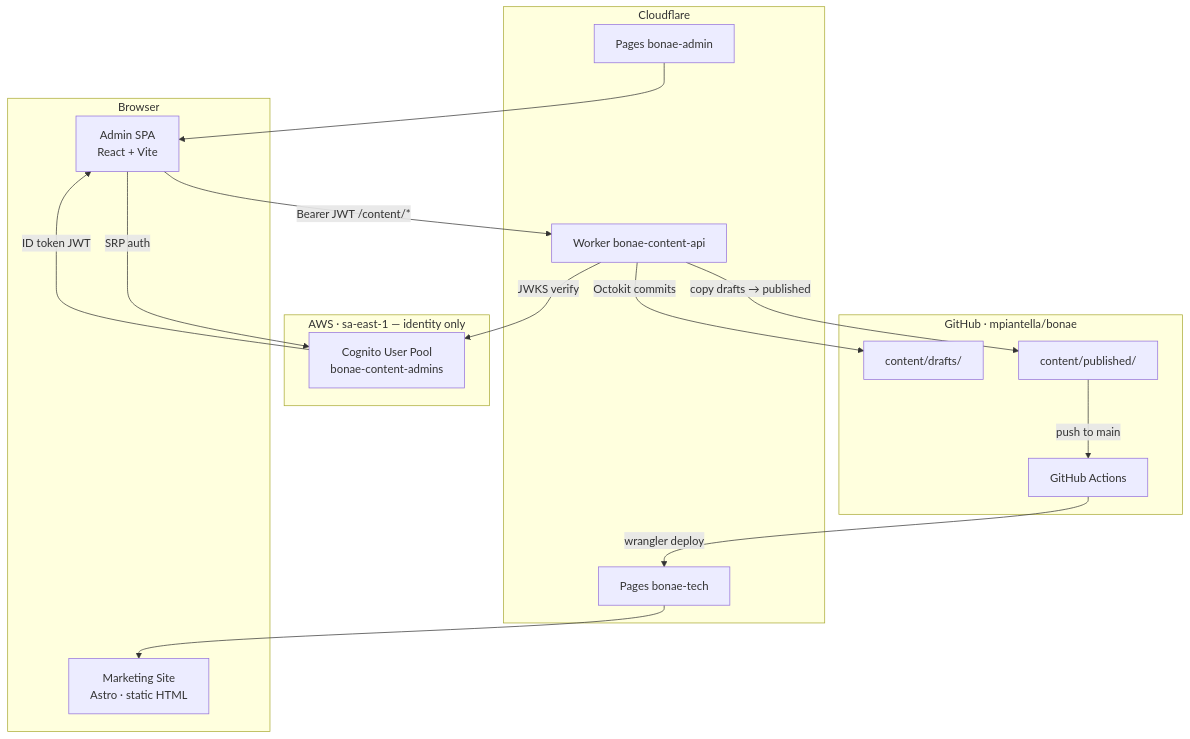
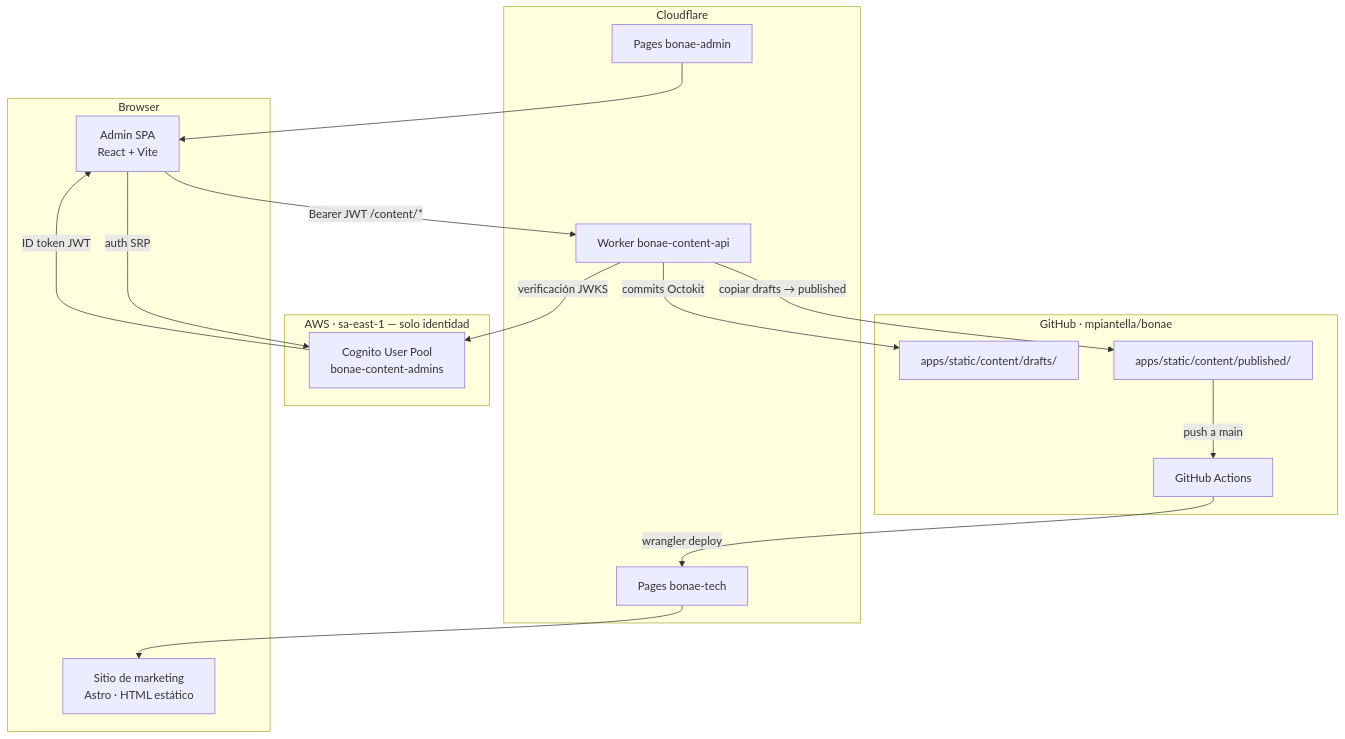
One commit to Bonae-Tech/bonae-tech changed the first of 5 diagrams in docs/architecture.md. Above: the diagram before and after it, drawn with Mermaid. The commit also changed other lines of this file and 43 other files, not shown here.

````diff
--- a/docs/architecture.md
+++ b/docs/architecture.md
@@ -22,34 +22,34 @@
 ```mermaid
 flowchart TD
     subgraph Browser
         AdminSPA["Admin SPA\nReact + Vite"]
-        MarketingSite["Marketing Site\nAstro · static HTML"]
+        MarketingSite["Sitio de marketing\nAstro · HTML estático"]
     end
 
-    subgraph AWS["AWS · sa-east-1 — identity only"]
+    subgraph AWS["AWS · sa-east-1 — solo identidad"]
         Cognito["Cognito User Pool\nbonae-content-admins"]
     end
 
     subgraph Cloudflare
         AdminPages["Pages bonae-admin"]
         Worker["Worker bonae-content-api"]
         CFPages["Pages bonae-tech"]
     end
 
     subgraph GitHub["GitHub · mpiantella/bonae"]
-        Drafts["content/drafts/"]
-        Published["content/published/"]
+        Drafts["apps/static/content/drafts/"]
+        Published["apps/static/content/published/"]
         Actions["GitHub Actions"]
     end
 
-    AdminSPA -->|"SRP auth"| Cognito
+    AdminSPA -->|"auth SRP"| Cognito
     Cognito -->|"ID token JWT"| AdminSPA
     AdminPages --> AdminSPA
     AdminSPA -->|"Bearer JWT /content/*"| Worker
-    Worker -->|"JWKS verify"| Cognito
-    Worker -->|"Octokit commits"| Drafts
-    Worker -->|"copy drafts → published"| Published
-    Published -->|"push to main"| Actions
+    Worker -->|"verificación JWKS"| Cognito
+    Worker -->|"commits Octokit"| Drafts
+    Worker -->|"copiar drafts → published"| Published
+    Published -->|"push a main"| Actions
     Actions -->|"wrangler deploy"| CFPages
     CFPages --> MarketingSite
 ```
````
